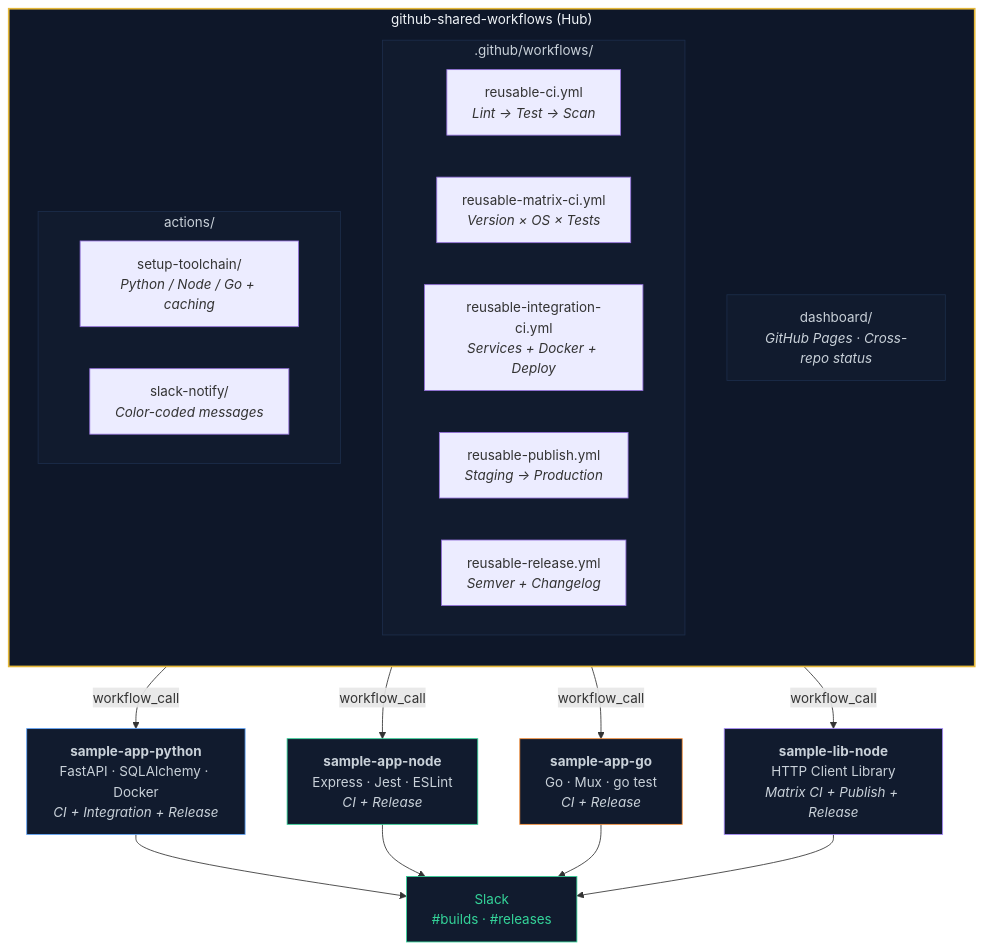
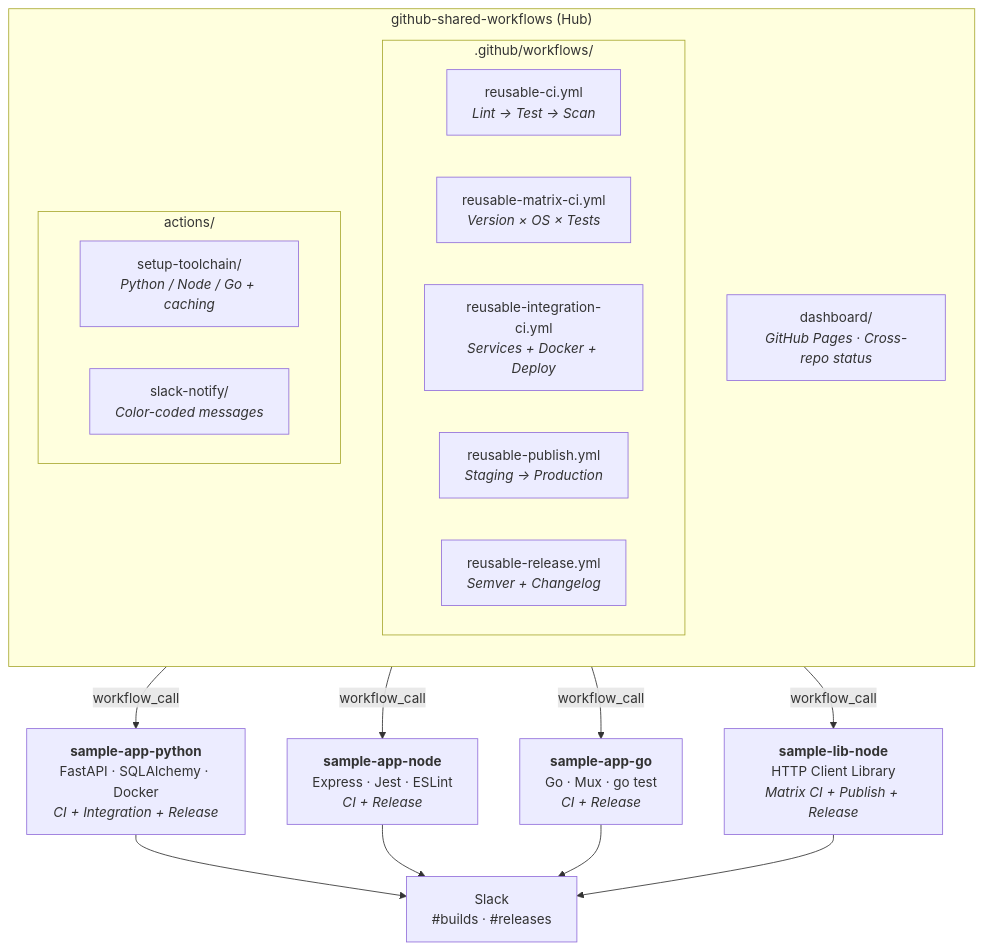
One commit to mruthyunjaya-lakkappanavar/gha-reusable-workflows-docs changed the first of 6 diagrams in docs/02-architecture.md. Above: the diagram before and after it, drawn with Mermaid. The commit also changed other lines of this file and 4 other files, not shown here.

Commit message:
Remove hardcoded dark styles from Mermaid diagrams for light/dark mode support

````diff
--- a/docs/02-architecture.md
+++ b/docs/02-architecture.md
@@ -9,35 +9,25 @@
 ```mermaid
 graph TB
     subgraph HUB["github-shared-workflows (Hub)"]
         direction TB
         subgraph WF[".github/workflows/"]
             W1["reusable-ci.yml<br/><em>Lint → Test → Scan</em>"]
             W2["reusable-matrix-ci.yml<br/><em>Version × OS × Tests</em>"]
             W3["reusable-integration-ci.yml<br/><em>Services + Docker + Deploy</em>"]
             W4["reusable-publish.yml<br/><em>Staging → Production</em>"]
             W5["reusable-release.yml<br/><em>Semver + Changelog</em>"]
         end
         subgraph ACT["actions/"]
             A1["setup-toolchain/<br/><em>Python / Node / Go + caching</em>"]
             A2["slack-notify/<br/><em>Color-coded messages</em>"]
         end
         DASH["dashboard/<br/><em>GitHub Pages · Cross-repo status</em>"]
     end
 
     HUB -->|workflow_call| P["<strong>sample-app-python</strong><br/>FastAPI · SQLAlchemy · Docker<br/><em>CI + Integration + Release</em>"]
     HUB -->|workflow_call| N["<strong>sample-app-node</strong><br/>Express · Jest · ESLint<br/><em>CI + Release</em>"]
     HUB -->|workflow_call| G["<strong>sample-app-go</strong><br/>Go · Mux · go test<br/><em>CI + Release</em>"]
     HUB -->|workflow_call| L["<strong>sample-lib-node</strong><br/>HTTP Client Library<br/><em>Matrix CI + Publish + Release</em>"]
 
     P & N & G & L --> S["Slack<br/>#builds · #releases"]
-
-    style HUB fill:#0e1729,stroke:#e5b83a,stroke-width:2px,color:#f0f4f8
-    style WF fill:#111b2e,stroke:#1c2d4a,color:#c9d1d9
-    style ACT fill:#111b2e,stroke:#1c2d4a,color:#c9d1d9
-    style DASH fill:#111b2e,stroke:#1c2d4a,color:#c9d1d9
-    style P fill:#111b2e,stroke:#60a5fa,color:#c9d1d9
-    style N fill:#111b2e,stroke:#34d399,color:#c9d1d9
-    style G fill:#111b2e,stroke:#fb923c,color:#c9d1d9
-    style L fill:#111b2e,stroke:#a78bfa,color:#c9d1d9
-    style S fill:#111b2e,stroke:#34d399,color:#34d399
 ```
````
